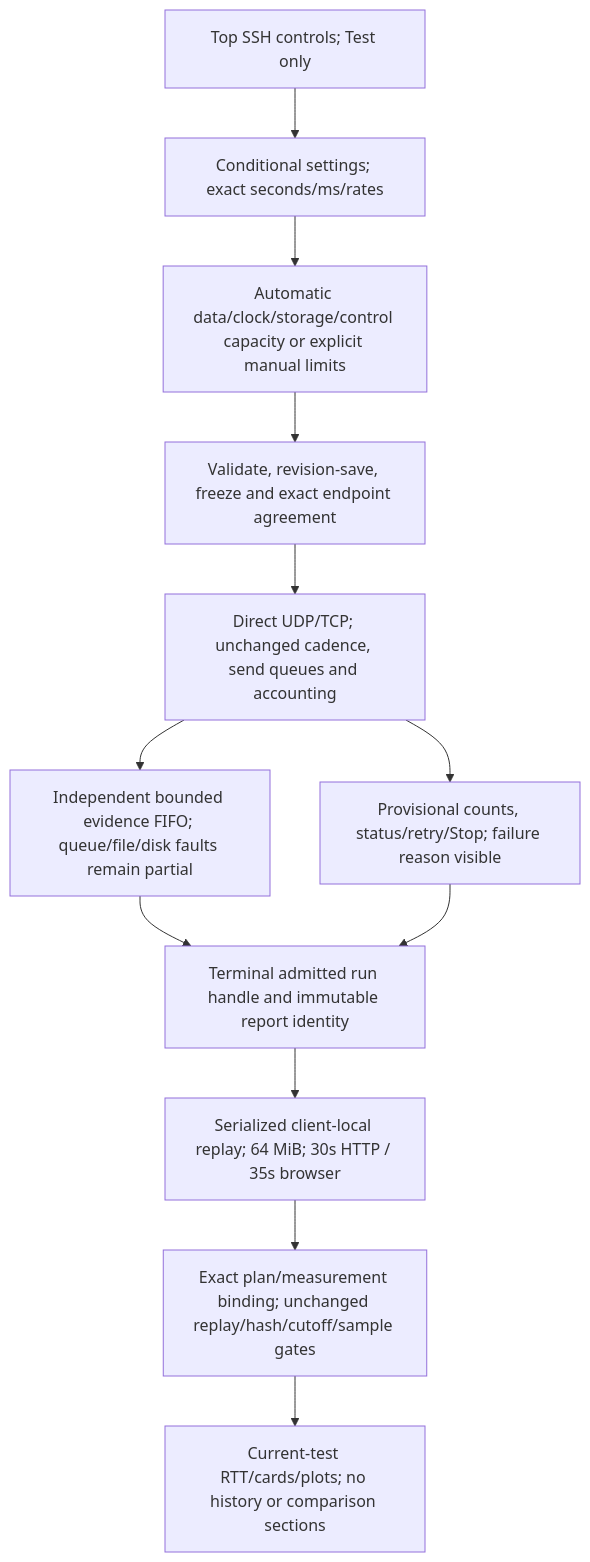
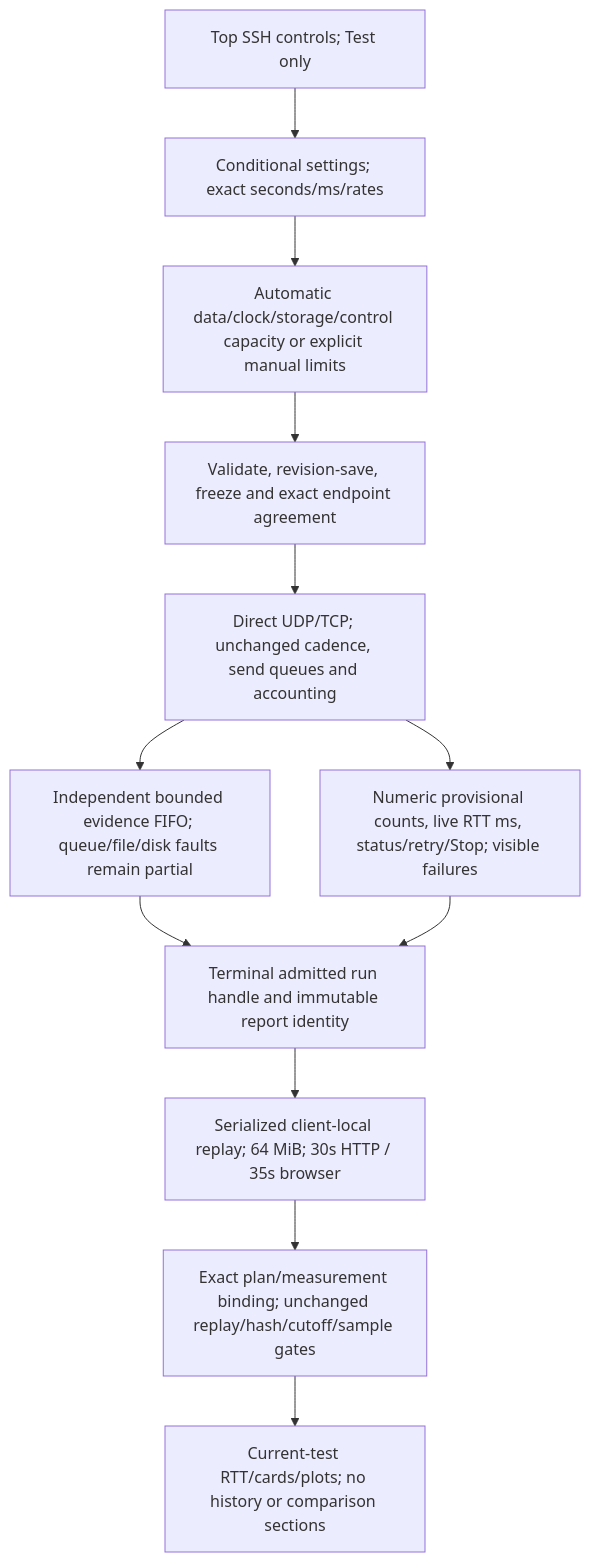
One commit to rashidbestry/sneaky-port changed diagram 27 of 27 in FLOWCHART.md. Above: the diagram before and after it, drawn with Mermaid. The commit also changed other lines of this file and 15 other files, not shown here.

````diff
--- a/FLOWCHART.md
+++ b/FLOWCHART.md
@@ -674,14 +690,14 @@
 ```mermaid
 flowchart TD
     A[Top SSH controls; Test only] --> B[Conditional settings; exact seconds/ms/rates]
     B --> C[Automatic data/clock/storage/control capacity or explicit manual limits]
     C --> D[Validate, revision-save, freeze and exact endpoint agreement]
     D --> E[Direct UDP/TCP; unchanged cadence, send queues and accounting]
     E --> F[Independent bounded evidence FIFO; queue/file/disk faults remain partial]
-    E --> G[Provisional counts, status/retry/Stop; failure reason visible]
+    E --> G[Numeric provisional counts, live RTT ms, status/retry/Stop; visible failures]
     F --> H[Terminal admitted run handle and immutable report identity]
     G --> H
     H --> I[Serialized client-local replay; 64 MiB; 30s HTTP / 35s browser]
     I --> J[Exact plan/measurement binding; unchanged replay/hash/cutoff/sample gates]
     J --> K[Current-test RTT/cards/plots; no history or comparison sections]
 ```
````
